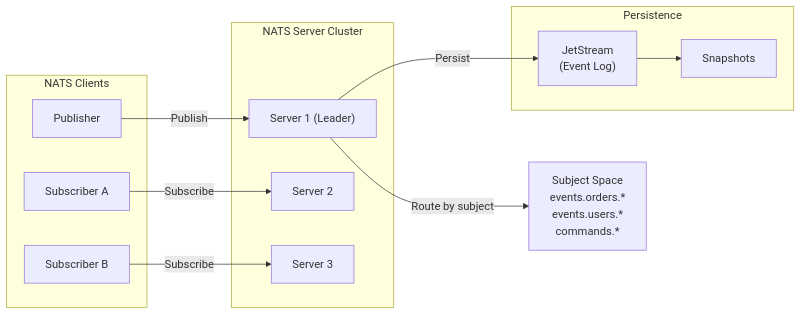
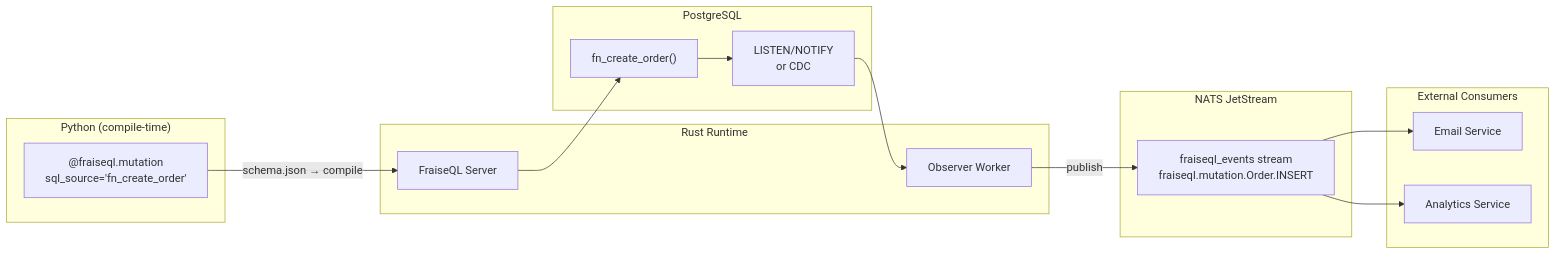
The diagram in src/content/docs/guides/advanced-nats.mdx (fraiseql/fraiseql-docs), drawn with Mermaid before and after one commit. The commit also changed other lines of this file and 122 other files, not shown here.

````diff
--- a/src/content/docs/guides/advanced-nats.mdx
+++ b/src/content/docs/guides/advanced-nats.mdx
@@ -14,29 +25,33 @@
 ```mermaid
 graph LR
-  subgraph CLIENTS["NATS Clients"]
-    publisher["Publisher"]
-    subscriber_a["Subscriber A"]
-    subscriber_b["Subscriber B"]
+  subgraph PYTHON["Python (compile-time)"]
+    schema["@fraiseql.mutation\nsql_source='fn_create_order'"]
   end
 
-  subgraph CLUSTER["NATS Server Cluster"]
-    server1["Server 1 (Leader)"]
-    server2["Server 2"]
-    server3["Server 3"]
+  subgraph RUST["Rust Runtime"]
+    server["FraiseQL Server"]
+    observer["Observer Worker"]
   end
 
-  subgraph PERSISTENCE["Persistence"]
-    jetstream["JetStream\n(Event Log)"]
-    snapshots["Snapshots"]
+  subgraph POSTGRES["PostgreSQL"]
+    fn["fn_create_order()"]
+    pg_notify["LISTEN/NOTIFY\nor CDC"]
   end
 
-  subjects["Subject Space\nevents.orders.*\nevents.users.*\ncommands.*"]
+  subgraph NATS["NATS JetStream"]
+    stream["fraiseql_events stream\nfraiseql.mutation.Order.INSERT"]
+  end
 
-  publisher -- "Publish" --> server1
-  subscriber_a -- "Subscribe" --> server2
-  subscriber_b -- "Subscribe" --> server3
+  subgraph CONSUMERS["External Consumers"]
+    svc_a["Email Service"]
+    svc_b["Analytics Service"]
+  end
 
-  server1 -- "Persist" --> jetstream
-  server1 -- "Route by subject" --> subjects
-  jetstream --> snapshots
+  schema -->|"schema.json → compile"| server
+  server --> fn
+  fn --> pg_notify
+  pg_notify --> observer
+  observer -->|"publish"| stream
+  stream --> svc_a
+  stream --> svc_b
 ```
````
